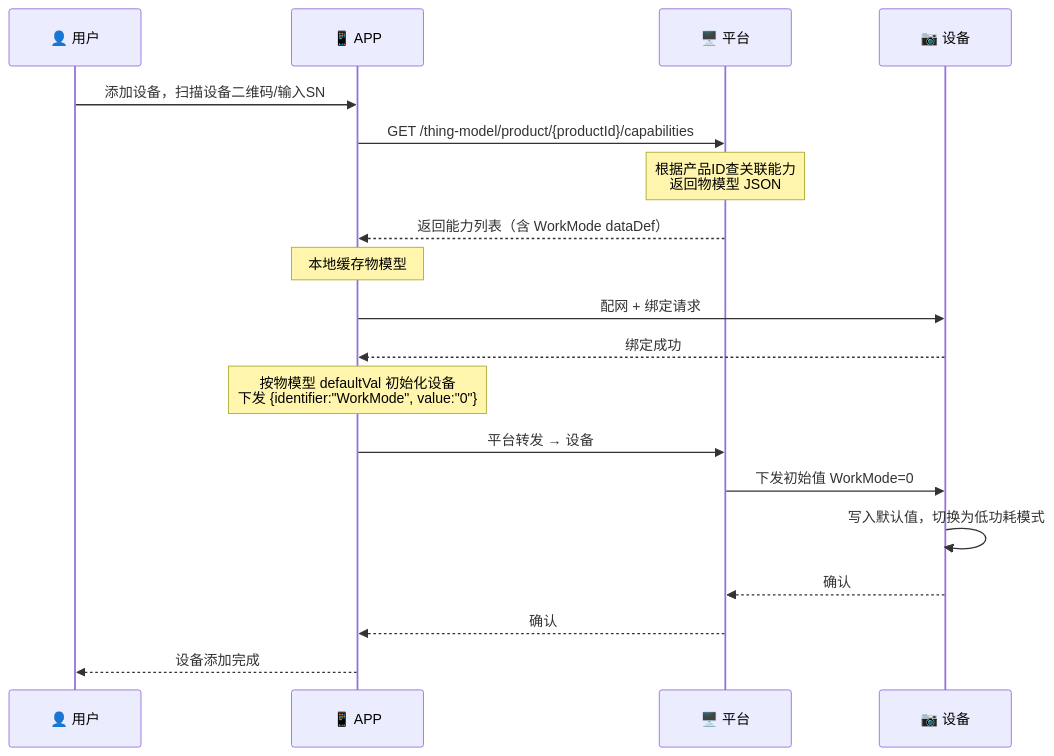
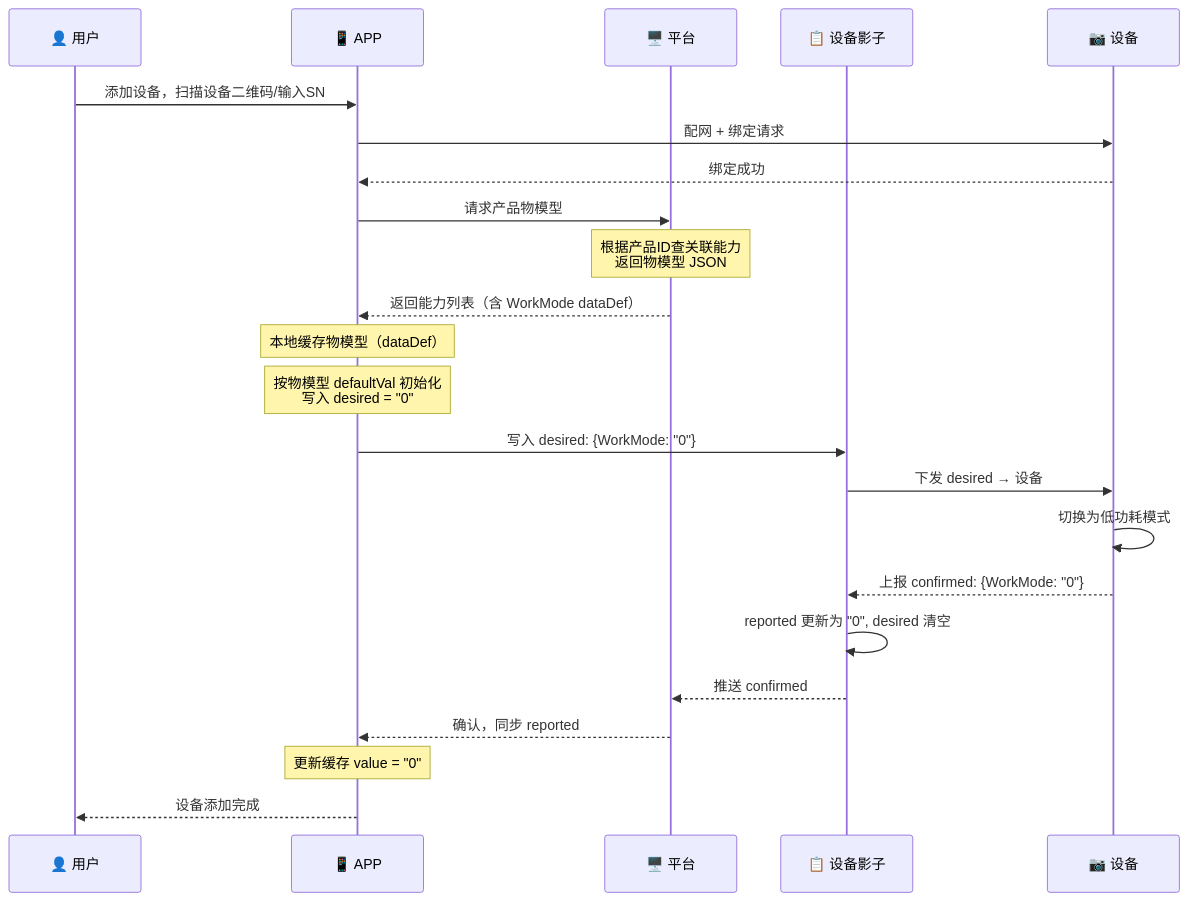
The second of 11 diagrams in docs/draft/物模型管理04全链路流程.md (hongtao-l/platform), drawn with Mermaid before and after one commit. The commit also changed other lines of this file and 5 other files, not shown here.

````diff
--- a/docs/draft/物模型管理04全链路流程.md
+++ b/docs/draft/物模型管理04全链路流程.md
@@ -30,25 +72,30 @@
 ```mermaid
 sequenceDiagram
     participant U as 👤 用户
     participant APP as 📱 APP
     participant Platform as 🖥️ 平台
+    participant Shadow as 📋 设备影子
     participant Device as 📷 设备
 
     U->>APP: 添加设备，扫描设备二维码/输入SN
-    APP->>Platform: GET /thing-model/product/{productId}/capabilities
-    Note over Platform: 根据产品ID查关联能力<br/>返回物模型 JSON
-    Platform-->>APP: 返回能力列表（含 WorkMode dataDef）
-    Note over APP: 本地缓存物模型
 
     APP->>Device: 配网 + 绑定请求
     Device-->>APP: 绑定成功
 
-    Note over APP: 按物模型 defaultVal 初始化设备<br/>下发 {identifier:"WorkMode", value:"0"}
-    APP->>Platform: 平台转发 → 设备
-    Platform->>Device: 下发初始值 WorkMode=0
-    Device->>Device: 写入默认值，切换为低功耗模式
-    Device-->>Platform: 确认
-    Platform-->>APP: 确认
+    APP->>Platform: 请求产品物模型
+    Note over Platform: 根据产品ID查关联能力<br/>返回物模型 JSON
+    Platform-->>APP: 返回能力列表（含 WorkMode dataDef）
+    Note over APP: 本地缓存物模型（dataDef）
 
+    Note over APP: 按物模型 defaultVal 初始化<br/>写入 desired = "0"
+    APP->>Shadow: 写入 desired: {WorkMode: "0"}
+    Shadow->>Device: 下发 desired → 设备
+    Device->>Device: 切换为低功耗模式
+    Device-->>Shadow: 上报 confirmed: {WorkMode: "0"}
+    Shadow->>Shadow: reported 更新为 "0", desired 清空
+    Shadow-->>Platform: 推送 confirmed
+    Platform-->>APP: 确认，同步 reported
+
+    Note over APP: 更新缓存 value = "0"
     APP-->>U: 设备添加完成
 ```
````
